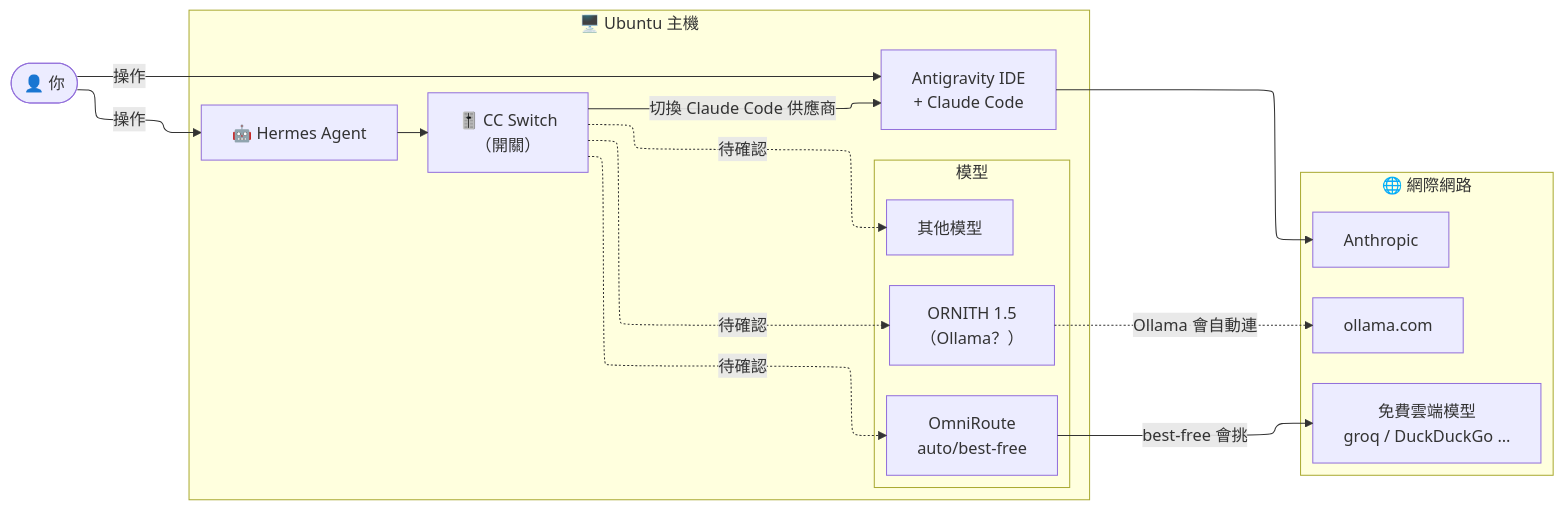
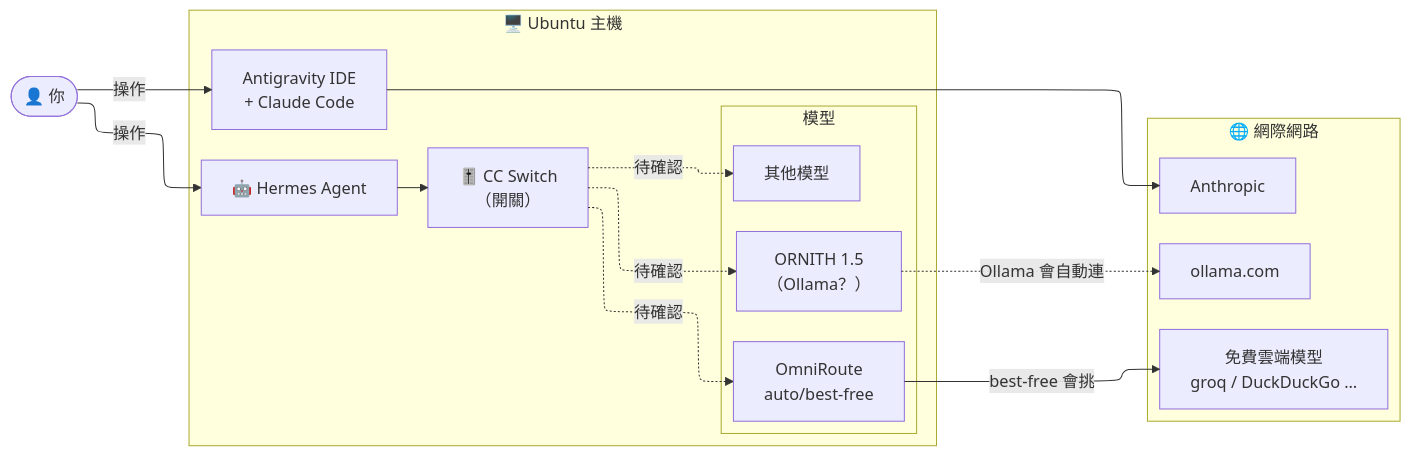
Before and after one commit to puBILYYEN/test: the diagram in hermes-sandbox/architecture-before.mmd, drawn with Mermaid. The commit also changed 4 other files, not shown here.

First line of the commit message:
CC Switch does not control Claude Code: fix diagrams and README

```diff
--- a/hermes-sandbox/architecture-before.mmd
+++ b/hermes-sandbox/architecture-before.mmd
@@ -1,41 +1,40 @@
 ---
 config:
   layout: elk
 ---
 %% 加入沙盒之前的 AI 系統架構（Ubuntu）
 %% 實線 = 已確認｜虛線 = 待你確認
 flowchart LR
     user(["👤 你"])
 
     subgraph host["🖥️ Ubuntu 主機"]
         direction LR
         hermes["🤖 Hermes Agent"]
         ccs["🎚️ CC Switch<br/>（開關）"]
         ide["Antigravity IDE<br/>+ Claude Code"]
 
         subgraph models["模型"]
             direction TB
             ornith["ORNITH 1.5<br/>（Ollama？）"]
             omni["OmniRoute<br/>auto/best-free"]
             other["其他模型"]
         end
     end
 
     subgraph internet["🌐 網際網路"]
         direction TB
         ollamacom["ollama.com"]
         cloud["免費雲端模型<br/>groq / DuckDuckGo …"]
         anthropic["Anthropic"]
     end
 
     user -->|"操作"| hermes
     user -->|"操作"| ide
     hermes --> ccs
     ccs -.->|"待確認"| ornith
     ccs -.->|"待確認"| omni
     ccs -.->|"待確認"| other
-    ccs -->|"切換 Claude Code 供應商"| ide
 
     ornith -.->|"Ollama 會自動連"| ollamacom
     omni -->|"best-free 會挑"| cloud
     ide --> anthropic
```
